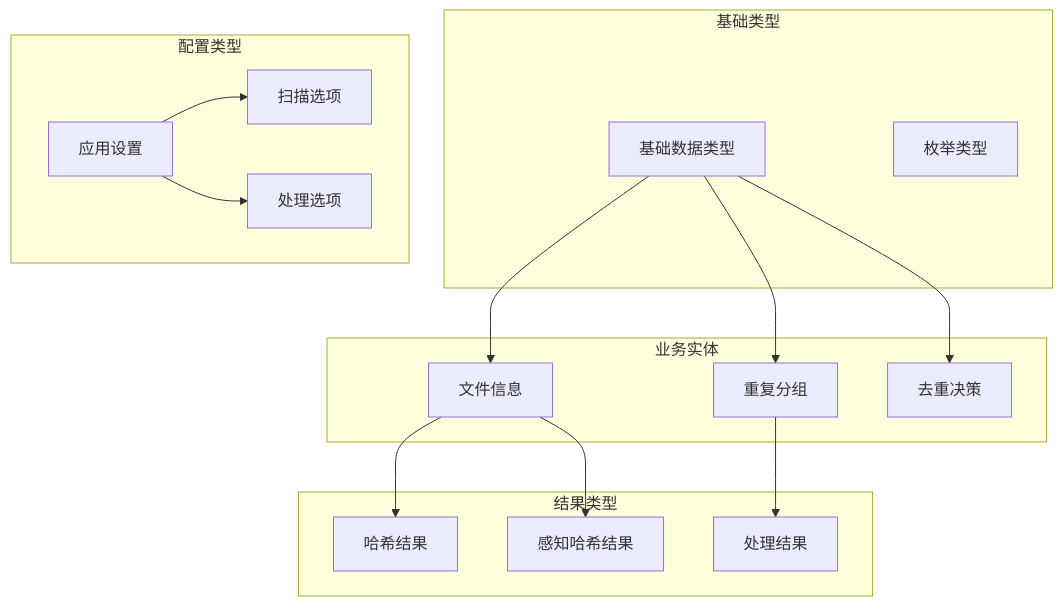
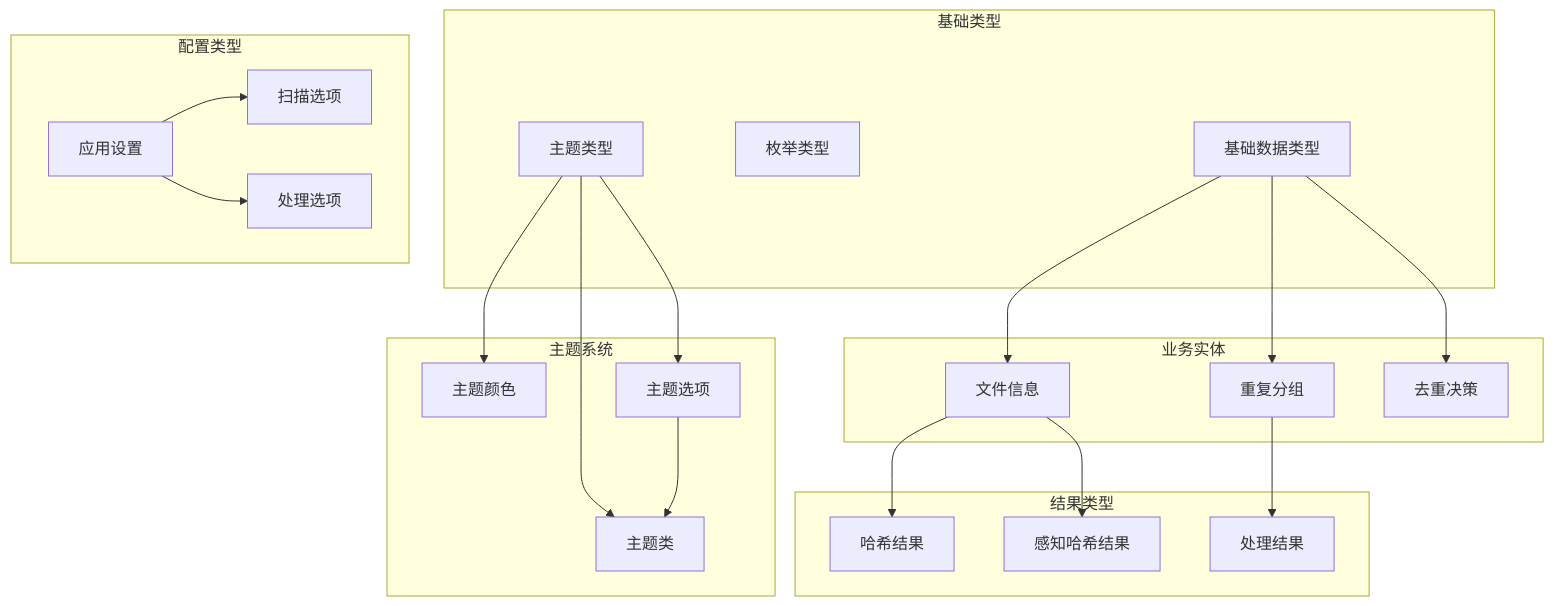
One commit to remgasuki/ReDoPhoto changed the fifth of 10 diagrams in .qoder/repowiki/zh/content/API参考手册/类型定义参考.md. Above: the diagram before and after it, drawn with Mermaid. The commit also changed other lines of this file and 10 other files, not shown here.

````diff
--- a/.qoder/repowiki/zh/content/API参考手册/类型定义参考.md
+++ b/.qoder/repowiki/zh/content/API参考手册/类型定义参考.md
@@ -189,30 +210,40 @@
 ```mermaid
 graph TD
 subgraph "基础类型"
 BaseTypes[基础数据类型]
 Enums[枚举类型]
+ThemeTypes[主题类型]
 end
 subgraph "业务实体"
 FileInfo[文件信息]
 DuplicateGroup[重复分组]
 DedupDecision[去重决策]
 end
 subgraph "配置类型"
 AppSettings[应用设置]
 ScanOptions[扫描选项]
 ProcessingOptions[处理选项]
 end
 subgraph "结果类型"
 HashResult[哈希结果]
 PhashResult[感知哈希结果]
 ProcessingResult[处理结果]
 end
+subgraph "主题系统"
+ThemeColor[主题颜色]
+ThemeClasses[主题类]
+ThemeOption[主题选项]
+end
 BaseTypes --> FileInfo
 BaseTypes --> DuplicateGroup
 BaseTypes --> DedupDecision
+ThemeTypes --> ThemeColor
+ThemeTypes --> ThemeClasses
+ThemeTypes --> ThemeOption
 AppSettings --> ScanOptions
 AppSettings --> ProcessingOptions
 FileInfo --> HashResult
 FileInfo --> PhashResult
 DuplicateGroup --> ProcessingResult
+ThemeOption --> ThemeClasses
 ```
````
